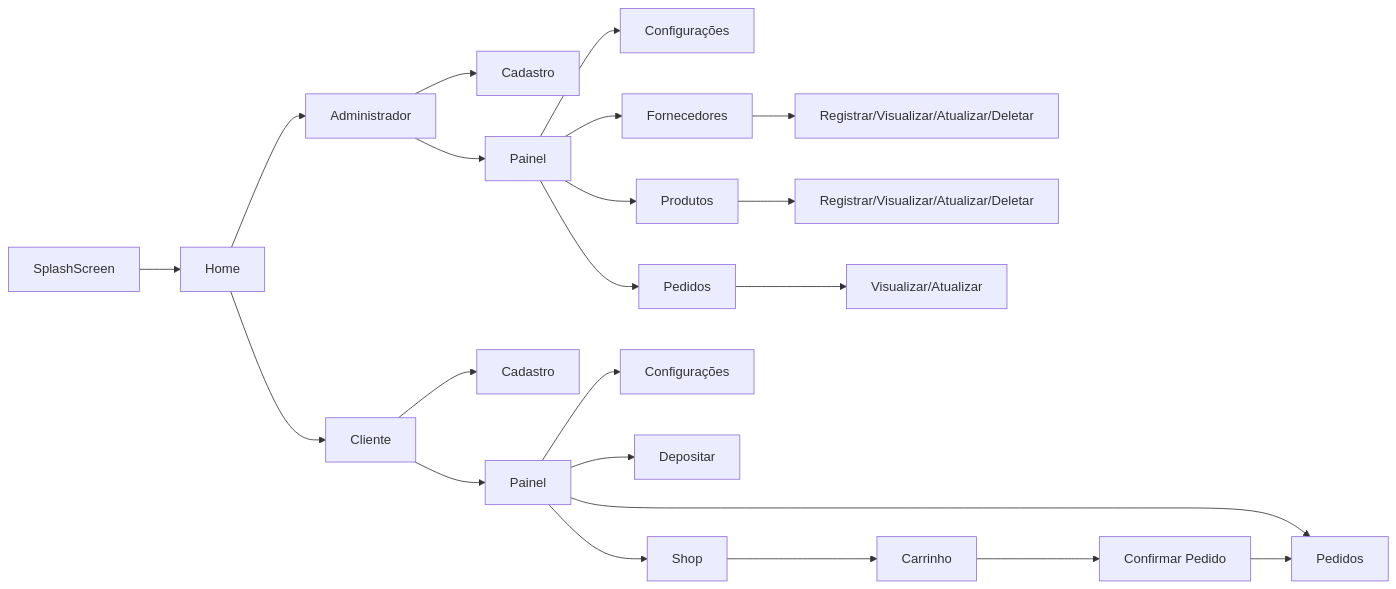
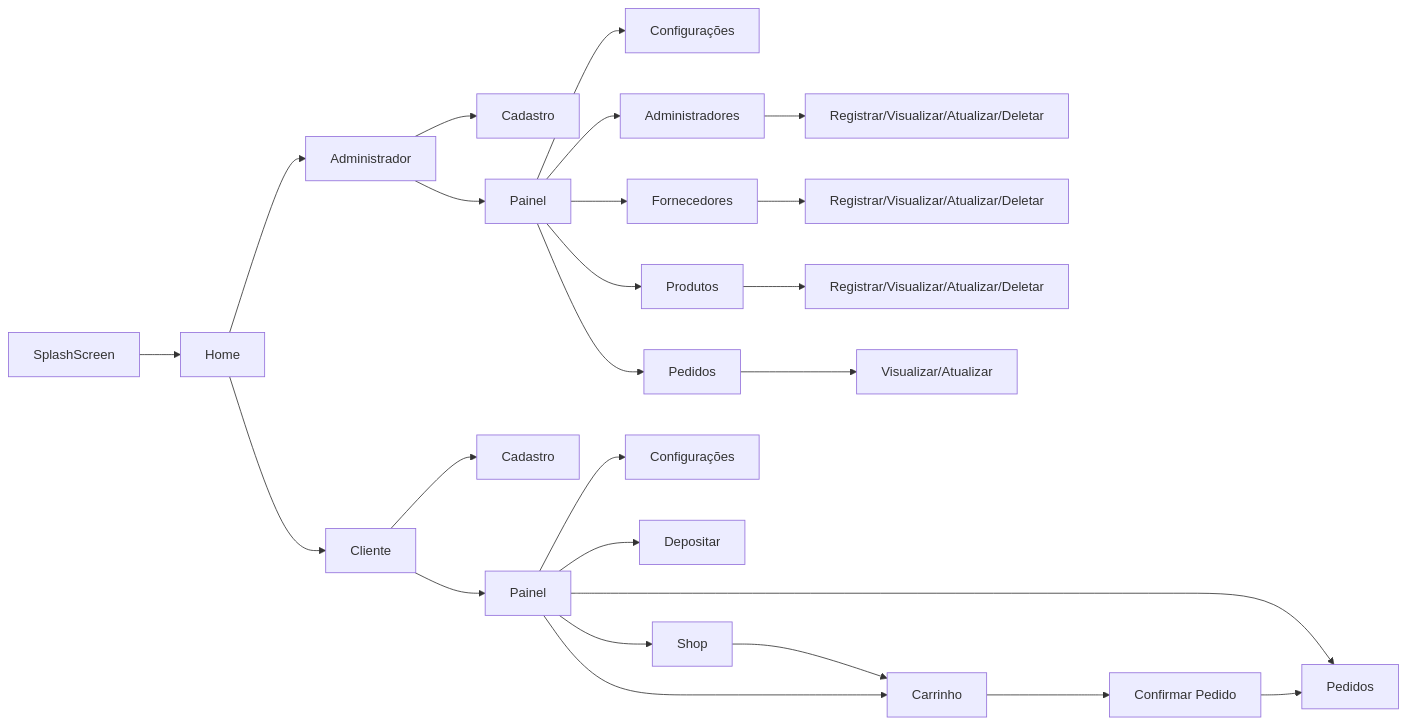
One commit to WhitePoodleMoth/TrendStyle changed the diagram in Diagram/FLOWCHART.mermaid. Above: the diagram before and after it, drawn with Mermaid.

```diff
--- a/Diagram/FLOWCHART.mermaid
+++ b/Diagram/FLOWCHART.mermaid
@@ -1,32 +1,36 @@
 graph LR
     splash[SplashScreen] --> home[Home]
 
     home --> admin[Administrador]
     home --> client[Cliente]
     
     admin --> admin_register[Cadastro]
 
     admin --> admin_panel[Painel]
 
     admin_panel --> admin_config[Configurações]
+    admin_panel --> admin_admin[Administradores]
     admin_panel --> admin_vendor[Fornecedores]
     admin_panel --> admin_products[Produtos]
     admin_panel --> admin_order[Pedidos]
-
+    
+    admin_admin --> admin_admin_manage[Registrar/Visualizar/Atualizar/Deletar]
+    
     admin_vendor --> admin_vendor_manage[Registrar/Visualizar/Atualizar/Deletar]
 
     admin_products --> admin_products_manage[Registrar/Visualizar/Atualizar/Deletar]
 
     admin_order --> admin_order_manage[Visualizar/Atualizar]
     
     client --> client_register[Cadastro]
 
     client --> client_menu[Painel]
 
     client_menu --> client_config[Configurações]
     client_menu --> client_deposit[Depositar]
     client_menu --> client_shop[Shop]
     client_shop --> client_cart[Carrinho]
+    client_menu --> client_cart
     client_menu --> client_order[Pedidos]
     client_cart --> client_cart_confirmation[Confirmar Pedido]
     client_cart_confirmation --> client_order
```
